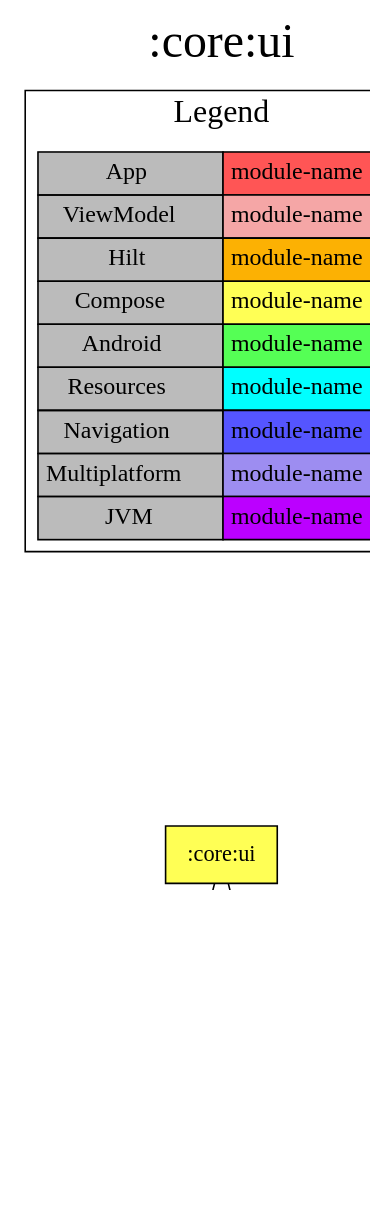
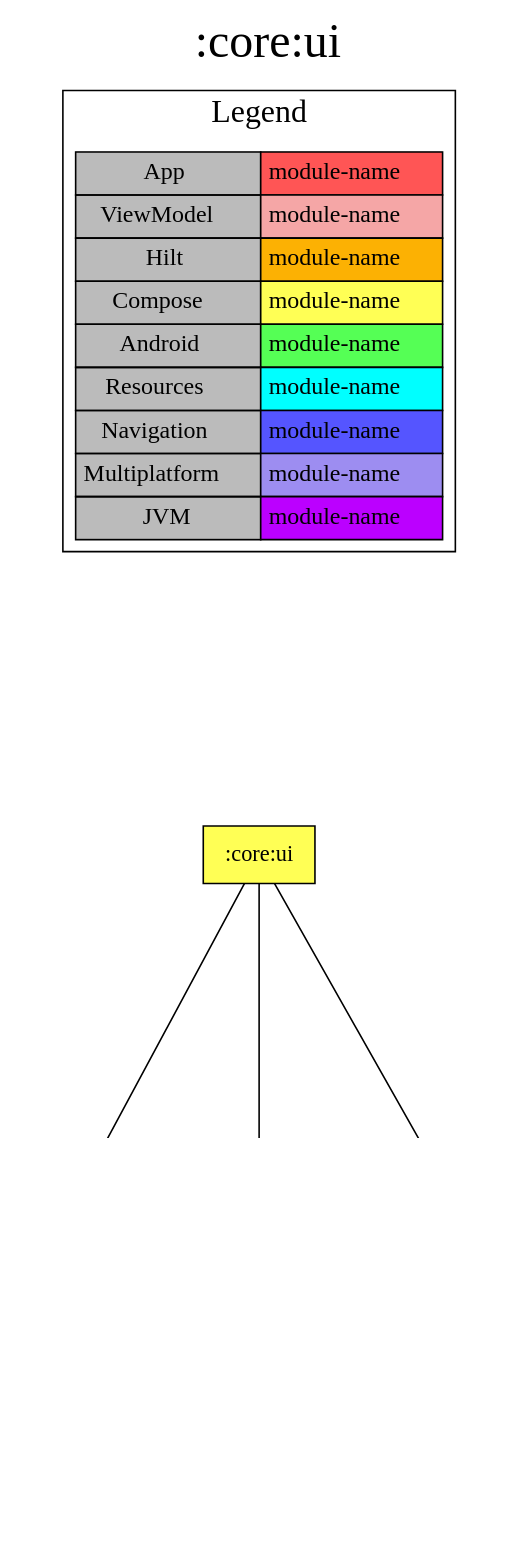
The diagram in modules/core/ui/project-dependency-graph.dot (jonapoul/aktual), drawn with Graphviz before and after one commit. The commit also changed 152 other files, not shown here.

```diff
--- a/modules/core/ui/project-dependency-graph.dot
+++ b/modules/core/ui/project-dependency-graph.dot
@@ -1,31 +1,35 @@
 digraph {
 edge ["dir"="forward"]
 graph ["dpi"="100","label"=":core:ui","labelloc"="t","fontsize"="30","ranksep"="2.5","rankdir"="TB"]
 node ["style"="filled"]
 ":core:ui" ["fillcolor"="#FFFF55","shape"="box"]
-":core:model" ["fillcolor"="#BB00FF","shape"="box"]
 ":core:res" ["fillcolor"="#00FFFF","shape"="box"]
+":core:versions" ["fillcolor"="#9D8DF1","shape"="box"]
+":core:buildconfig" ["fillcolor"="#9D8DF1","shape"="box"]
+":url:model" ["fillcolor"="#9D8DF1","shape"="box"]
 {
 edge ["dir"="none"]
 graph ["rank"="same"]
 }
-":core:ui" -> ":core:model"
 ":core:ui" -> ":core:res"
+":core:ui" -> ":core:versions"
+":core:ui" -> ":url:model"
+":core:versions" -> ":core:buildconfig"
 subgraph "cluster_legend" {
 edge ["dir"="none"]
 graph ["label"="Legend","fontsize"="20"]
 "Legend" ["style"="filled","fillcolor"="#bbbbbb","shape"="none","margin"="0","fontsize"="15","label"=<
 <TABLE BORDER="0" CELLBORDER="1" CELLSPACING="0" CELLPADDING="4">
 <TR><TD>App</TD><TD BGCOLOR="#FF5555">module-name</TD></TR>
 <TR><TD>ViewModel</TD><TD BGCOLOR="#F5A6A6">module-name</TD></TR>
 <TR><TD>Hilt</TD><TD BGCOLOR="#FCB103">module-name</TD></TR>
 <TR><TD>Compose</TD><TD BGCOLOR="#FFFF55">module-name</TD></TR>
 <TR><TD>Android</TD><TD BGCOLOR="#55FF55">module-name</TD></TR>
 <TR><TD>Resources</TD><TD BGCOLOR="#00FFFF">module-name</TD></TR>
 <TR><TD>Navigation</TD><TD BGCOLOR="#5555FF">module-name</TD></TR>
 <TR><TD>Multiplatform</TD><TD BGCOLOR="#9D8DF1">module-name</TD></TR>
 <TR><TD>JVM</TD><TD BGCOLOR="#BB00FF">module-name</TD></TR>
 </TABLE>
 >]
 } -> ":core:ui" ["style"="invis"]
 }
```
